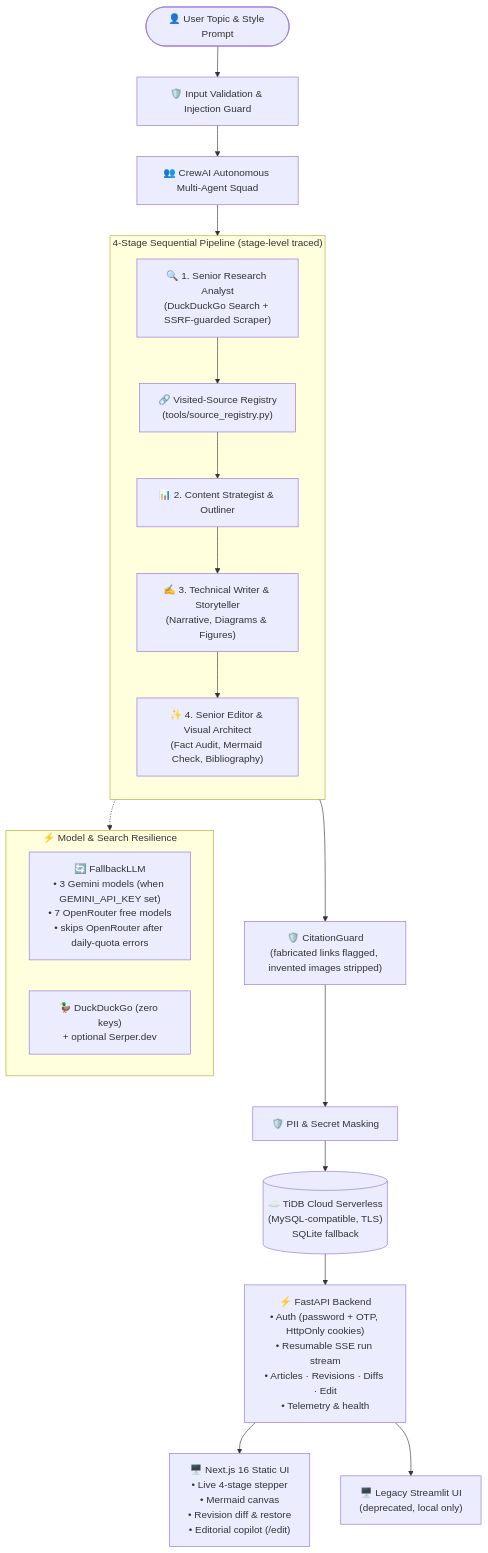
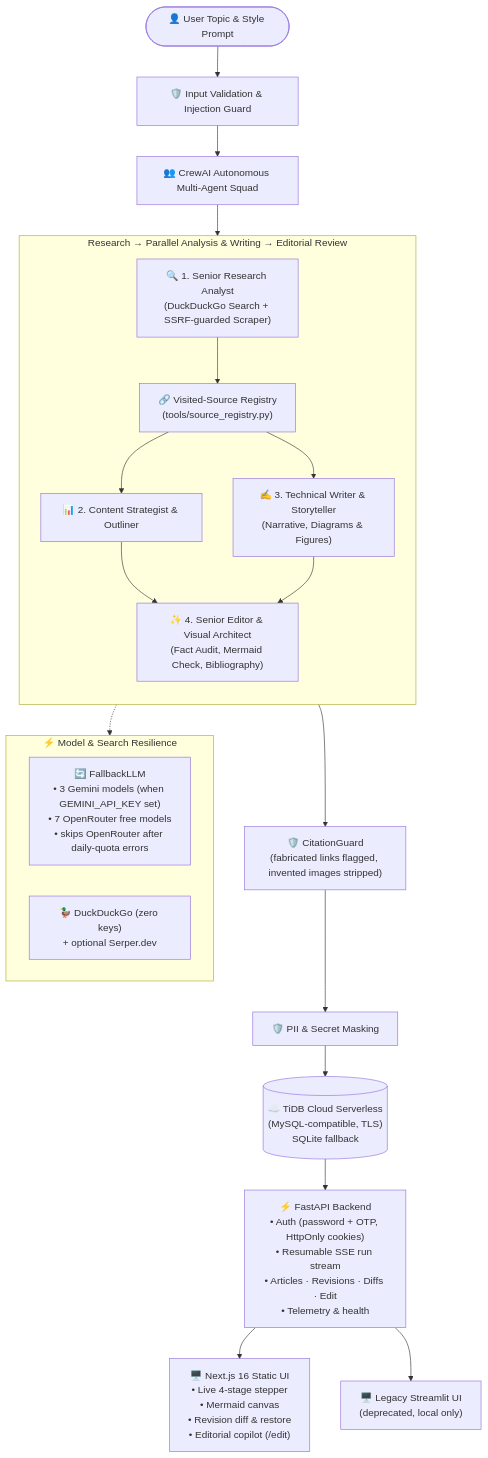
One commit to Arjit005/research-and-blog-writer changed the diagram in README.md. Above: the diagram before and after it, drawn with Mermaid. The commit also changed 2 other files, not shown here.

Commit message:
docs: clarify job and agent recovery architecture

````diff
--- a/README.md
+++ b/README.md
@@ -152,32 +152,36 @@
 ```mermaid
 flowchart TD
     User(["👤 User Topic & Style Prompt"]) --> Guard["🛡️ Input Validation & Injection Guard"]
     Guard --> Crew["👥 CrewAI Autonomous Multi-Agent Squad"]
 
-    subgraph Crew_Pipeline["4-Stage Sequential Pipeline (stage-level traced)"]
+    subgraph Crew_Pipeline["Research → Parallel Analysis & Writing → Editorial Review"]
         direction TB
         Agent1["🔍 1. Senior Research Analyst\n(DuckDuckGo Search + SSRF-guarded Scraper)"]
         Registry["🔗 Visited-Source Registry\n(tools/source_registry.py)"]
         Agent2["📊 2. Content Strategist & Outliner"]
         Agent3["✍️ 3. Technical Writer & Storyteller\n(Narrative, Diagrams & Figures)"]
         Agent4["✨ 4. Senior Editor & Visual Architect\n(Fact Audit, Mermaid Check, Bibliography)"]
 
-        Agent1 --> Registry --> Agent2 --> Agent3 --> Agent4
+        Agent1 --> Registry
+        Registry --> Agent2
+        Registry --> Agent3
+        Agent2 --> Agent4
+        Agent3 --> Agent4
     end
 
     Crew --> Crew_Pipeline
     Agent4 --> CitationGuard["🛡️ CitationGuard\n(fabricated links flagged, invented images stripped)"]
     CitationGuard --> PII["🛡️ PII & Secret Masking"]
     PII --> DB[("☁️ TiDB Cloud Serverless\n(MySQL-compatible, TLS)\nSQLite fallback")]
 
     DB --> API["⚡ FastAPI Backend\n• Auth (password + OTP, HttpOnly cookies)\n• Resumable SSE run stream\n• Articles · Revisions · Diffs · Edit\n• Telemetry & health"]
     API --> Web["🖥️ Next.js 16 Static UI\n• Live 4-stage stepper\n• Mermaid canvas\n• Revision diff & restore\n• Editorial copilot (/edit)"]
     API --> Legacy["🖥️ Legacy Streamlit UI\n(deprecated, local only)"]
 
     subgraph Resilience["⚡ Model & Search Resilience"]
         LLMFallback["🔄 FallbackLLM\n• 3 Gemini models (when GEMINI_API_KEY set)\n• 7 OpenRouter free models\n• skips OpenRouter after daily-quota errors"]
         FreeSearch["🦆 DuckDuckGo (zero keys)\n+ optional Serper.dev"]
     end
 
     Crew_Pipeline -.-> Resilience
 ```
````
